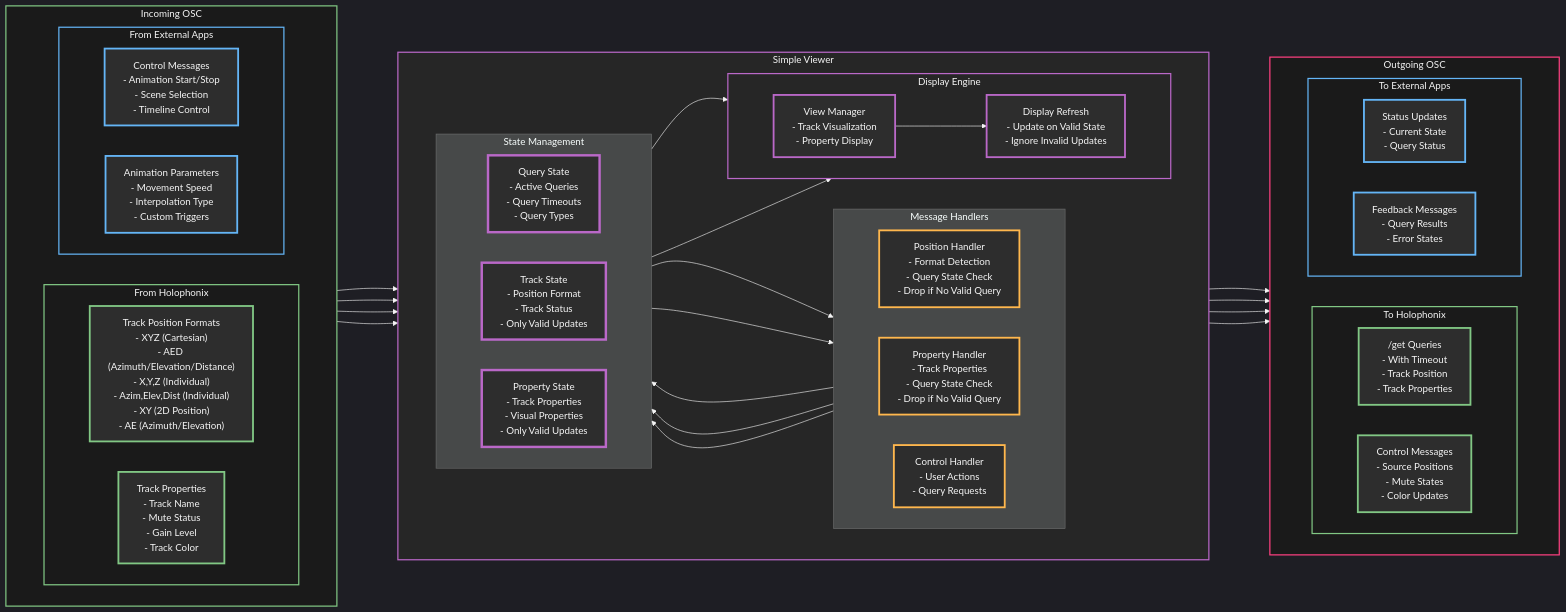
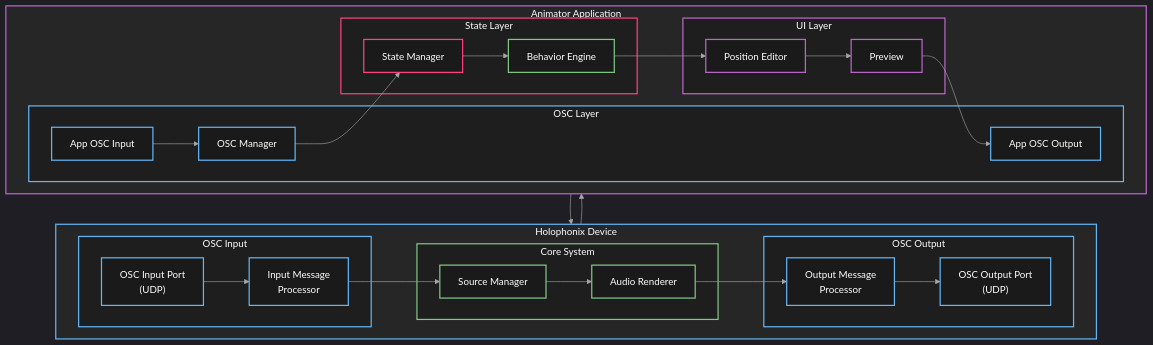
One commit to dewiweb/holophonix-animator changed the diagram in docs/architecture/diagrams/osc-flow.mmd. Above: the diagram before and after it, drawn with Mermaid. The commit also changed 5 other files, not shown here.

First line of the commit message:
feat(arch): Update architecture diagrams

```diff
--- a/docs/architecture/diagrams/osc-flow.mmd
+++ b/docs/architecture/diagrams/osc-flow.mmd
@@ -1,136 +1,91 @@
 %%{init: {
   'theme': 'dark',
   'themeVariables': {
+    'primaryColor': '#2d2d2d',
+    'primaryTextColor': '#fff',
+    'primaryBorderColor': '#4a4a4a',
+    'lineColor': '#a7a7a7',
+    'secondaryColor': '#2d2d2d',
+    'tertiaryColor': '#2d2d2d',
     'fontSize': '16px',
-    'fontFamily': 'arial',
-    'lineWidth': '2px',
-    'arrowMarkerAbsolute': true,
-    'darkMode': true,
-    'primaryColor': '#fff',
-    'primaryTextColor': '#fff',
-    'primaryBorderColor': '#fff',
-    'lineColor': '#f5f5f5',
-    'textColor': '#f5f5f5'
-  },
-  'flowchart': {
-    'nodeSpacing': 50,
-    'rankSpacing': 100,
-    'curve': 'basis'
+    'fontFamily': 'arial'
   }
-} }%%
-
-graph LR
-    %% Input OSC Messages
-    subgraph IN["Incoming OSC"]
+}}%%
+graph TB
+    subgraph Device["Holophonix Device"]
         direction LR
-        subgraph HOLO["From Holophonix"]
-            direction LR
-            HOLO_POS["Track Position Formats<br/>- XYZ (Cartesian)<br/>- AED (Azimuth/Elevation/Distance)<br/>- X,Y,Z (Individual)<br/>- Azim,Elev,Dist (Individual)<br/>- XY (2D Position)<br/>- AE (Azimuth/Elevation)"]
-            HOLO_PROPS["Track Properties<br/>- Track Name<br/>- Mute Status<br/>- Gain Level<br/>- Track Color"]
+        subgraph OSCInput["OSC Input"]
+            OSCIn["OSC Input Port\n(UDP)"]
+            InputProcessor["Input Message\nProcessor"]
         end
-
-        subgraph EXT["From External Apps"]
-            direction LR
-            EXT_CTRL["Control Messages<br/>- Animation Start/Stop<br/>- Scene Selection<br/>- Timeline Control"]
-            EXT_PARAMS["Animation Parameters<br/>- Movement Speed<br/>- Interpolation Type<br/>- Custom Triggers"]
+        
+        subgraph Core["Core System"]
+            SourceManager["Source Manager"]
+            Renderer["Audio Renderer"]
+        end
+        
+        subgraph OSCOutput["OSC Output"]
+            OutputProcessor["Output Message\nProcessor"]
+            OSCOut["OSC Output Port\n(UDP)"]
         end
     end
 
-    %% Core Application
-    subgraph APP["Simple Viewer"]
+    subgraph Animator["Animator Application"]
         direction LR
-        
-        subgraph HANDLERS["Message Handlers"]
-            direction LR
-            POS_HANDLER["Position Handler<br/>- Format Detection<br/>- Query State Check<br/>- Drop if No Valid Query"]
-            PROP_HANDLER["Property Handler<br/>- Track Properties<br/>- Query State Check<br/>- Drop if No Valid Query"]
-            CTRL_HANDLER["Control Handler<br/>- User Actions<br/>- Query Requests"]
+        subgraph OSCLayer["OSC Layer"]
+            AppOSCIn["App OSC Input"]
+            AppOSCOut["App OSC Output"]
+            OSCManager["OSC Manager"]
         end
-        
-        subgraph STATE["State Management"]
-            direction LR
-            QUERY_STATE["Query State<br/>- Active Queries<br/>- Query Timeouts<br/>- Query Types"]
-            TRACK_STATE["Track State<br/>- Position Format<br/>- Track Status<br/>- Only Valid Updates"]
-            PROP_STATE["Property State<br/>- Track Properties<br/>- Visual Properties<br/>- Only Valid Updates"]
+
+        subgraph StateLayer["State Layer"]
+            StateManager["State Manager"]
+            BehaviorEngine["Behavior Engine"]
         end
-        
-        subgraph DISPLAY["Display Engine"]
-            direction LR
-            VIEW["View Manager<br/>- Track Visualization<br/>- Property Display"]
-            REFRESH["Display Refresh<br/>- Update on Valid State<br/>- Ignore Invalid Updates"]
+
+        subgraph UILayer["UI Layer"]
+            PositionEditor["Position Editor"]
+            Preview["Preview"]
         end
     end
 
-    %% Output OSC Messages
-    subgraph OUT["Outgoing OSC"]
-        direction LR
-        subgraph TO_HOLO["To Holophonix"]
-            direction LR
-            QUERY_OUT["/get Queries<br/>- With Timeout<br/>- Track Position<br/>- Track Properties"]
-            CONTROL_OUT["Control Messages<br/>- Source Positions<br/>- Mute States<br/>- Color Updates"]
-        end
+    %% OSC Message Flow
+    OSCIn --> InputProcessor
+    InputProcessor --> SourceManager
+    SourceManager --> Renderer
+    Renderer --> OutputProcessor
+    OutputProcessor --> OSCOut
 
-        subgraph TO_EXT["To External Apps"]
-            direction LR
-            EXT_OUT["Status Updates<br/>- Current State<br/>- Query Status"]
-            FEEDBACK["Feedback Messages<br/>- Query Results<br/>- Error States"]
-        end
-    end
+    %% Application Flow
+    AppOSCIn --> OSCManager
+    OSCManager --> StateManager
+    StateManager --> BehaviorEngine
+    BehaviorEngine --> PositionEditor
+    PositionEditor --> Preview
+    Preview --> AppOSCOut
 
-    %% Connections - Incoming from Holophonix
-    HOLO_POS --> POS_HANDLER
-    HOLO_PROPS --> PROP_HANDLER
+    %% Cross-System Communication
+    OSCOut --> AppOSCIn
+    AppOSCOut --> OSCIn
 
-    %% Connections - Incoming from External
-    EXT_CTRL --> CTRL_HANDLER
-    EXT_PARAMS --> CTRL_HANDLER
-    
-    %% Query State Management
-    CTRL_HANDLER --> QUERY_STATE
-    QUERY_STATE --> POS_HANDLER
-    QUERY_STATE --> PROP_HANDLER
-    
-    %% Valid State Updates
-    POS_HANDLER --> TRACK_STATE
-    PROP_HANDLER --> PROP_STATE
-    
-    %% Display Updates
-    TRACK_STATE --> VIEW
-    PROP_STATE --> VIEW
-    VIEW --> REFRESH
-    
-    %% Query Generation
-    CTRL_HANDLER --> QUERY_OUT
-    
-    %% Status Updates
-    QUERY_STATE --> EXT_OUT
-    QUERY_STATE --> FEEDBACK
-    
-    %% Control Messages
-    CTRL_HANDLER --> CONTROL_OUT
-    
-    %% Styling
-    classDef default fill:#2d2d2d,stroke:#f5f5f5,stroke-width:1px,color:#f5f5f5
-    classDef holophonix fill:#2d2d2d,stroke:#81c784,stroke-width:3px,color:#f5f5f5
-    classDef external fill:#2d2d2d,stroke:#64b5f6,stroke-width:3px,color:#f5f5f5
-    classDef process fill:#2d2d2d,stroke:#ba68c8,stroke-width:3px,color:#f5f5f5
-    classDef output fill:#2d2d2d,stroke:#ff4081,stroke-width:3px,color:#f5f5f5
-    classDef core fill:#2d2d2d,stroke:#ba68c8,stroke-width:4px,color:#f5f5f5
-    classDef handler fill:#2d2d2d,stroke:#ffb74d,stroke-width:3px,color:#f5f5f5
-    
-    %% Node styling
-    class HOLO_POS,HOLO_PROPS,QUERY_OUT,CONTROL_OUT holophonix
-    class EXT_CTRL,EXT_PARAMS,EXT_OUT,FEEDBACK external
-    class POS_HANDLER,PROP_HANDLER,CTRL_HANDLER handler
-    class VIEW,REFRESH process
-    class TRACK_STATE,PROP_STATE,QUERY_STATE core
-    
+    %% Node Styling
+    classDef default fill:#2d2d2d,stroke:#a7a7a7,stroke-width:1px,color:#fff
+    classDef osc fill:#1a1a1a,stroke:#64b5f6,stroke-width:2px,color:#fff
+    classDef core fill:#1a1a1a,stroke:#81c784,stroke-width:2px,color:#fff
+    classDef state fill:#1a1a1a,stroke:#ff4081,stroke-width:2px,color:#fff
+    classDef ui fill:#1a1a1a,stroke:#ba68c8,stroke-width:2px,color:#fff
+
+    class OSCIn,OSCOut,AppOSCIn,AppOSCOut,InputProcessor,OutputProcessor,OSCManager osc
+    class SourceManager,Renderer,BehaviorEngine core
+    class StateManager state
+    class PositionEditor,Preview ui
+
     %% Subgraph styling
-    style IN fill:#1a1a1a,stroke:#81c784,stroke-width:2px,color:#f5f5f5
-    style HOLO fill:#1a1a1a,stroke:#81c784,stroke-width:2px,color:#f5f5f5
-    style EXT fill:#1a1a1a,stroke:#64b5f6,stroke-width:2px,color:#f5f5f5
-    style APP fill:#262626,stroke:#ba68c8,stroke-width:2px,color:#f5f5f5
-    style OUT fill:#1a1a1a,stroke:#ff4081,stroke-width:2px,color:#f5f5f5
-    style TO_HOLO fill:#1a1a1a,stroke:#81c784,stroke-width:2px,color:#f5f5f5
-    style TO_EXT fill:#1a1a1a,stroke:#64b5f6,stroke-width:2px,color:#f5f5f5
-    style DISPLAY fill:#262626,stroke:#ba68c8,stroke-width:2px,color:#f5f5f5
+    style Device fill:#262626,stroke:#64b5f6,stroke-width:2px,color:#fff
+    style OSCInput fill:#1e1e1e,stroke:#64b5f6,stroke-width:2px,color:#fff
+    style Core fill:#1e1e1e,stroke:#81c784,stroke-width:2px,color:#fff
+    style OSCOutput fill:#1e1e1e,stroke:#64b5f6,stroke-width:2px,color:#fff
+    style Animator fill:#262626,stroke:#ba68c8,stroke-width:2px,color:#fff
+    style OSCLayer fill:#1e1e1e,stroke:#64b5f6,stroke-width:2px,color:#fff
+    style StateLayer fill:#1e1e1e,stroke:#ff4081,stroke-width:2px,color:#fff
+    style UILayer fill:#1e1e1e,stroke:#ba68c8,stroke-width:2px,color:#fff
```
